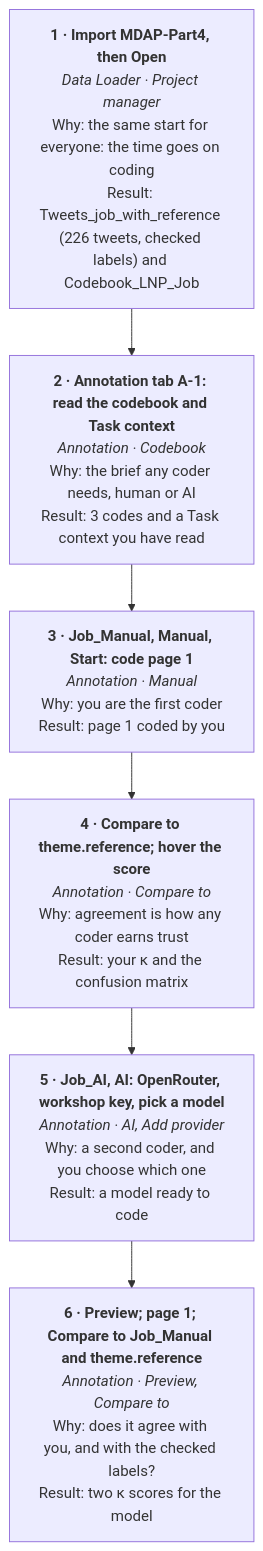
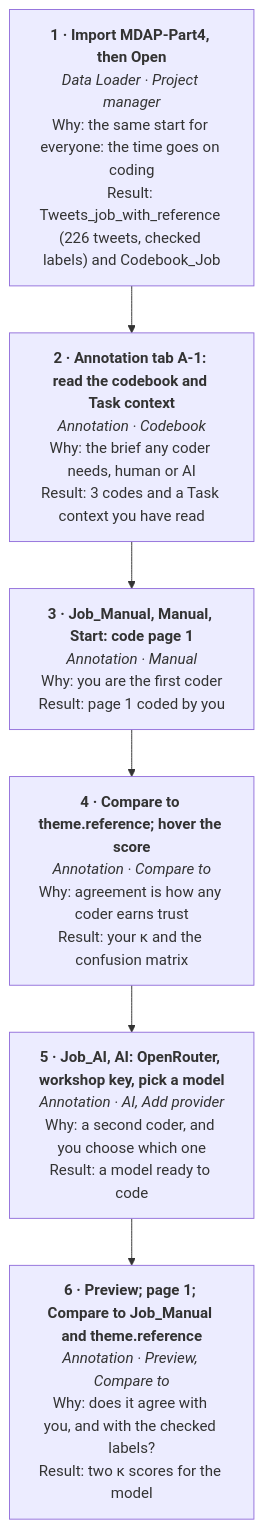
One commit to milysun/wordflow-workshop changed the fourth of 4 diagrams in participant/hands-on-melbourne.md. Above: the diagram before and after it, drawn with Mermaid. The commit also changed other lines of this file and 7 other files, not shown here.

First line of the commit message:
Melbourne: Part 4 codebook renamed Codebook_Job, QR code on slide 2, footer text centred

````diff
--- a/participant/hands-on-melbourne.md
+++ b/participant/hands-on-melbourne.md
@@ -227,28 +227,28 @@
 ```mermaid
 flowchart TD
   s1["`**1 · Import MDAP-Part4, then Open**
 *Data Loader · Project manager*
 Why: the same start for everyone: the time goes on coding
-Result: Tweets_job_with_reference (226 tweets, checked labels) and Codebook_LNP_Job`"]
+Result: Tweets_job_with_reference (226 tweets, checked labels) and Codebook_Job`"]
   s2["`**2 · Annotation tab A-1: read the codebook and Task context**
 *Annotation · Codebook*
 Why: the brief any coder needs, human or AI
 Result: 3 codes and a Task context you have read`"]
   s3["`**3 · Job_Manual, Manual, Start: code page 1**
 *Annotation · Manual*
 Why: you are the first coder
 Result: page 1 coded by you`"]
   s4["`**4 · Compare to theme.reference; hover the score**
 *Annotation · Compare to*
 Why: agreement is how any coder earns trust
 Result: your κ and the confusion matrix`"]
   s5["`**5 · Job_AI, AI: OpenRouter, workshop key, pick a model**
 *Annotation · AI, Add provider*
 Why: a second coder, and you choose which one
 Result: a model ready to code`"]
   s6["`**6 · Preview; page 1; Compare to Job_Manual and theme.reference**
 *Annotation · Preview, Compare to*
 Why: does it agree with you, and with the checked labels?
 Result: two κ scores for the model`"]
   s1 --> s2 --> s3 --> s4 --> s5 --> s6
 ```
````
